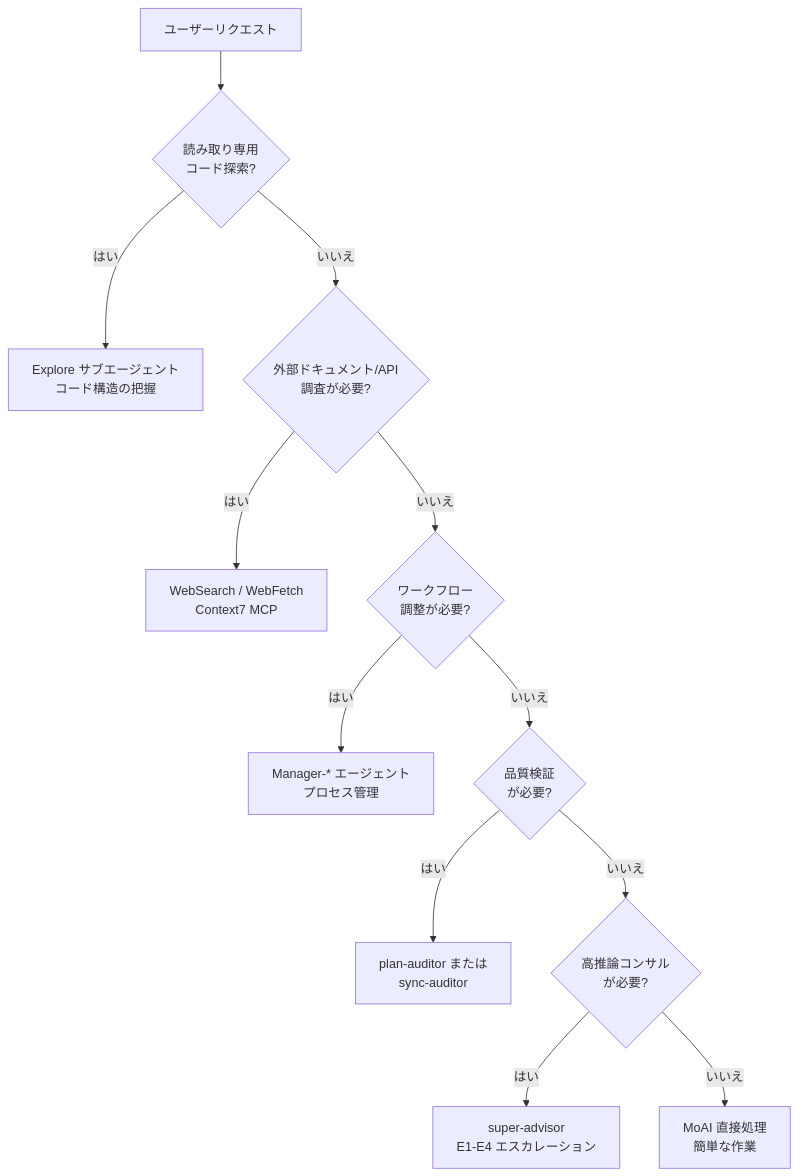
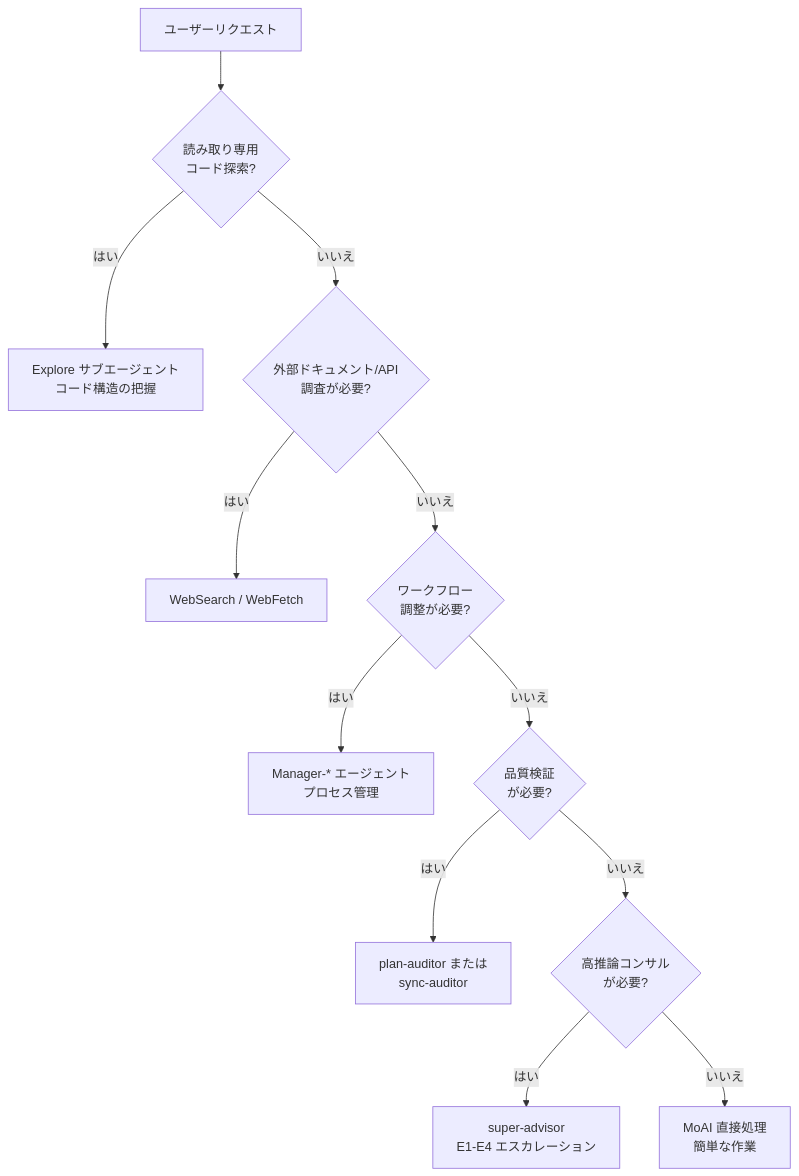
One commit to modu-ai/moai-adk changed the diagram in docs-site/content/ja/advanced/agent-guide.md. Above: the diagram before and after it, drawn with Mermaid. The commit also changed 25 other files, not shown here.

````diff
--- a/docs-site/content/ja/advanced/agent-guide.md
+++ b/docs-site/content/ja/advanced/agent-guide.md
@@ -89,19 +89,19 @@
 ```mermaid
 flowchart TD
     START[ユーザーリクエスト] --> Q1{読み取り専用<br>コード探索?}
 
     Q1 -->|はい| EXPLORE["Explore サブエージェント<br>コード構造の把握"]
     Q1 -->|いいえ| Q2{外部ドキュメント/API<br>調査が必要?}
 
-    Q2 -->|はい| WEB["WebSearch / WebFetch<br>Context7 MCP"]
+    Q2 -->|はい| WEB["WebSearch / WebFetch"]
     Q2 -->|いいえ| Q3{ワークフロー<br>調整が必要?}
 
     Q3 -->|はい| MANAGER["Manager-* エージェント<br>プロセス管理"]
     Q3 -->|いいえ| Q4{品質検証<br>が必要?}
 
     Q4 -->|はい| EVAL["plan-auditor または<br>sync-auditor"]
     Q4 -->|いいえ| Q5{高推論コンサル<br>が必要?}
 
     Q5 -->|はい| ADVISOR["super-advisor<br>E1-E4 エスカレーション"]
     Q5 -->|いいえ| DIRECT["MoAI 直接処理<br>簡単な作業"]
 ```
````
